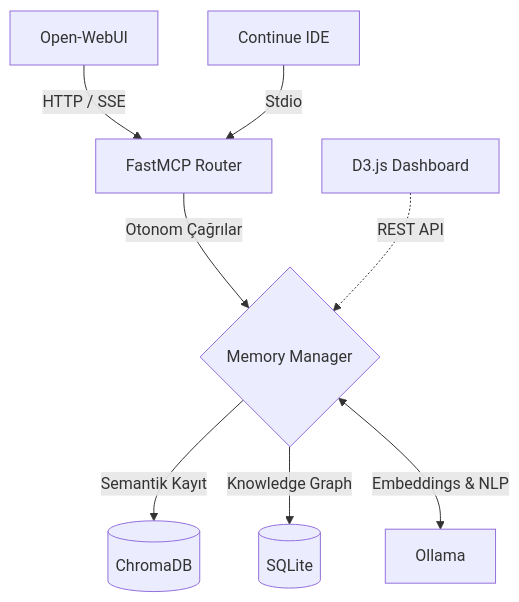
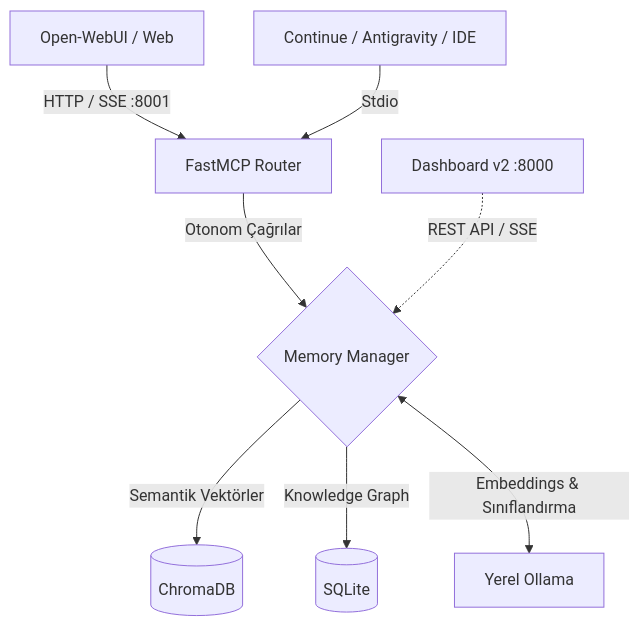
One commit to xmrah/localmind changed the diagram in README.md. Above: the diagram before and after it, drawn with Mermaid. The commit also changed other lines of this file and 4 other files, not shown here.

Commit message:
feat(localmind): docs ve betik guncellemesi: 10 mcp araci, dashboard v2, kütüphane yollari ve flake tanimi - 2026-10-04 16:14

````diff
--- a/README.md
+++ b/README.md
@@ -57,15 +60,15 @@
 ```mermaid
 graph TD
     %% İstemciler
-    A1[Open-WebUI] -->|HTTP / SSE| B[FastMCP Router]
-    A2[Continue IDE] -->|Stdio| B
+    A1[Open-WebUI / Web] -->|HTTP / SSE :8001| B[FastMCP Router]
+    A2[Continue / Antigravity / IDE] -->|Stdio| B
     
     %% Çekirdek
     B -->|Otonom Çağrılar| C{Memory Manager}
-    G[D3.js Dashboard] -.->|REST API| C
+    G[Dashboard v2 :8000] -.->|REST API / SSE| C
     
     %% Veritabanları ve AI
-    C -->|Semantik Kayıt| D[(ChromaDB)]
+    C -->|Semantik Vektörler| D[(ChromaDB)]
     C -->|Knowledge Graph| E[(SQLite)]
-    C <-->|Embeddings & NLP| F[Ollama]
+    C <-->|Embeddings & Sınıflandırma| F[Yerel Ollama]
 ```
````
